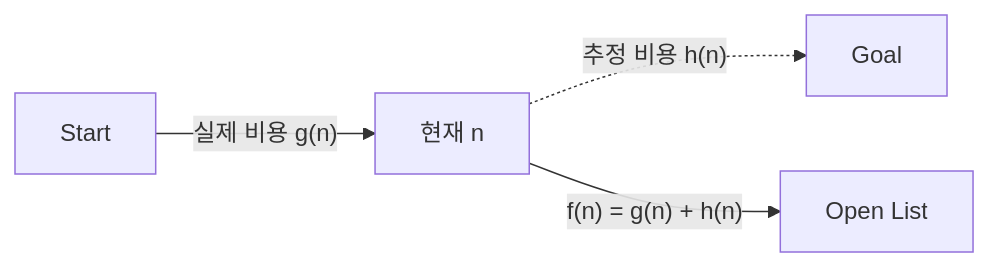
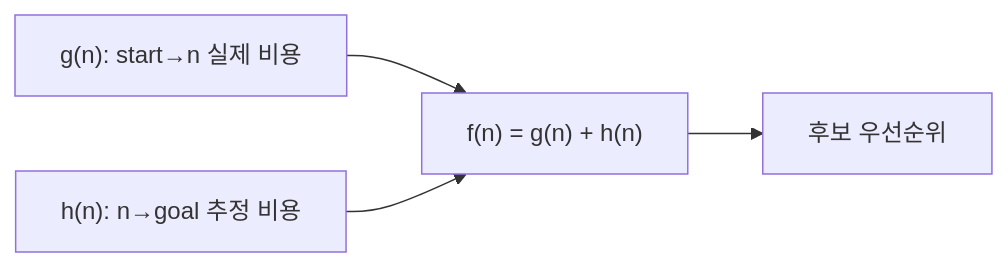
One commit to agnusdei1207/study changed the second of 3 diagrams in src/content/docs/notes/itpe/02-software-engineering/127_a_star_algorithm.md. Above: the diagram before and after it, drawn with Mermaid. The commit also changed other lines of this file and 31 other files, not shown here.

````diff
--- a/src/content/docs/notes/itpe/02-software-engineering/127_a_star_algorithm.md
+++ b/src/content/docs/notes/itpe/02-software-engineering/127_a_star_algorithm.md
@@ -98,6 +96,6 @@
 ```mermaid
 flowchart LR
-    S["Start"] -->|"실제 비용 g(n)"| N["현재 n"]
-    N -.->|"추정 비용 h(n)"| G["Goal"]
-    N -->|"f(n) = g(n) + h(n)"| OL["Open List"]
+    G["g(n): start→n 실제 비용"] --> F["f(n) = g(n) + h(n)"]
+    H["h(n): n→goal 추정 비용"] --> F
+    F --> Q["후보 우선순위"]
 ```
````
